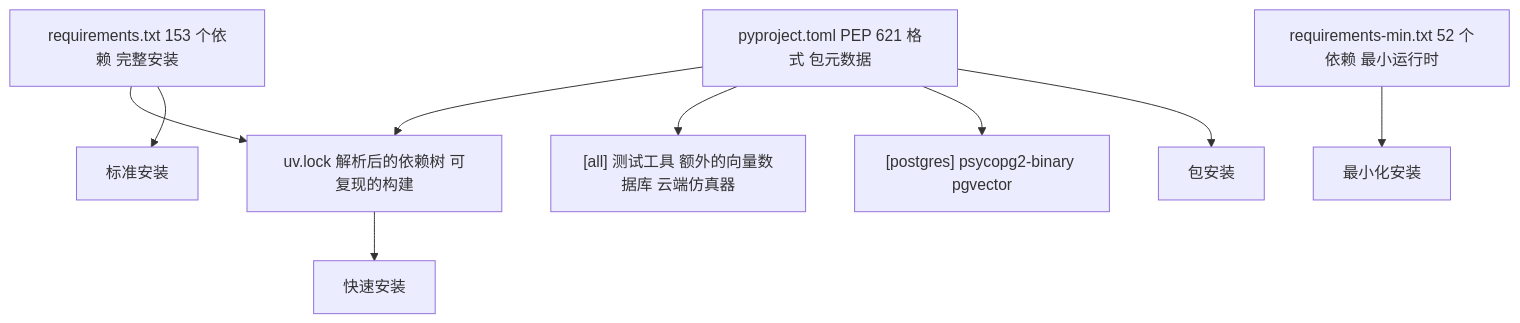
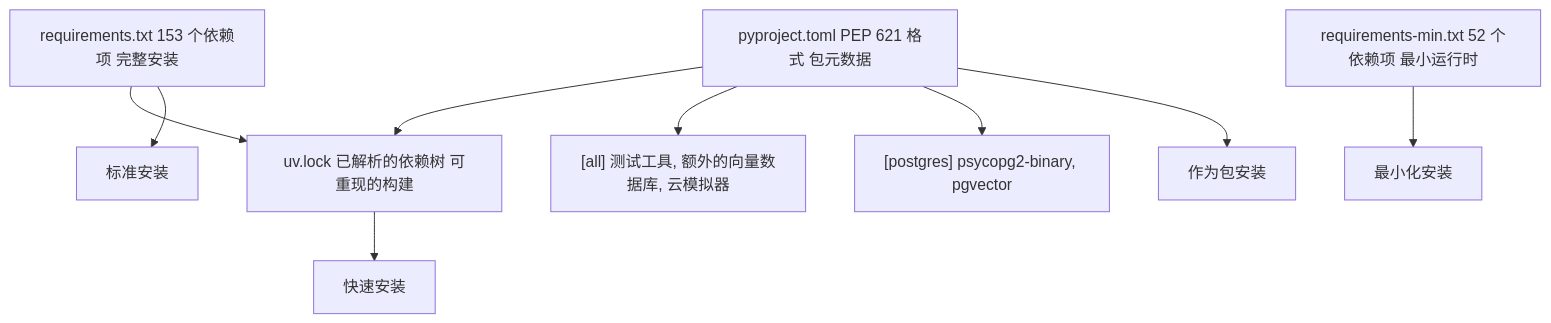
The first of 5 diagrams in tests/open-webui_deepwiki/zh/17-dependency-management.md (Chesszyh/Wiki), drawn with Mermaid before and after one commit. The commit also changed other lines of this file and 234 other files, not shown here.

````diff
--- a/tests/open-webui_deepwiki/zh/17-dependency-management.md
+++ b/tests/open-webui_deepwiki/zh/17-dependency-management.md
@@ -38,22 +38,22 @@
 ```mermaid
 flowchart TD
-    reqtxt["requirements.txt 153 个依赖 完整安装"]
+    reqtxt["requirements.txt 153 个依赖项 完整安装"]
     pyproject["pyproject.toml PEP 621 格式 包元数据"]
-    reqmin["requirements-min.txt 52 个依赖 最小运行时"]
-    uvlock["uv.lock 解析后的依赖树 可复现的构建"]
-    postgres["[postgres] psycopg2-binary pgvector"]
-    all["[all] 测试工具 额外的向量数据库 云端仿真器"]
+    reqmin["requirements-min.txt 52 个依赖项 最小运行时"]
+    uvlock["uv.lock 已解析的依赖树 可重现的构建"]
+    postgres["[postgres] psycopg2-binary, pgvector"]
+    all["[all] 测试工具, 额外的向量数据库, 云模拟器"]
     Install1["标准安装"]
-    Install2["包安装"]
+    Install2["作为包安装"]
     Install3["最小化安装"]
     Install4["快速安装"]
 
     reqtxt --> Install1
     pyproject --> Install2
     pyproject --> postgres
     pyproject --> all
     reqmin --> Install3
     uvlock --> Install4
     pyproject --> uvlock
     reqtxt --> uvlock
 ```
````
